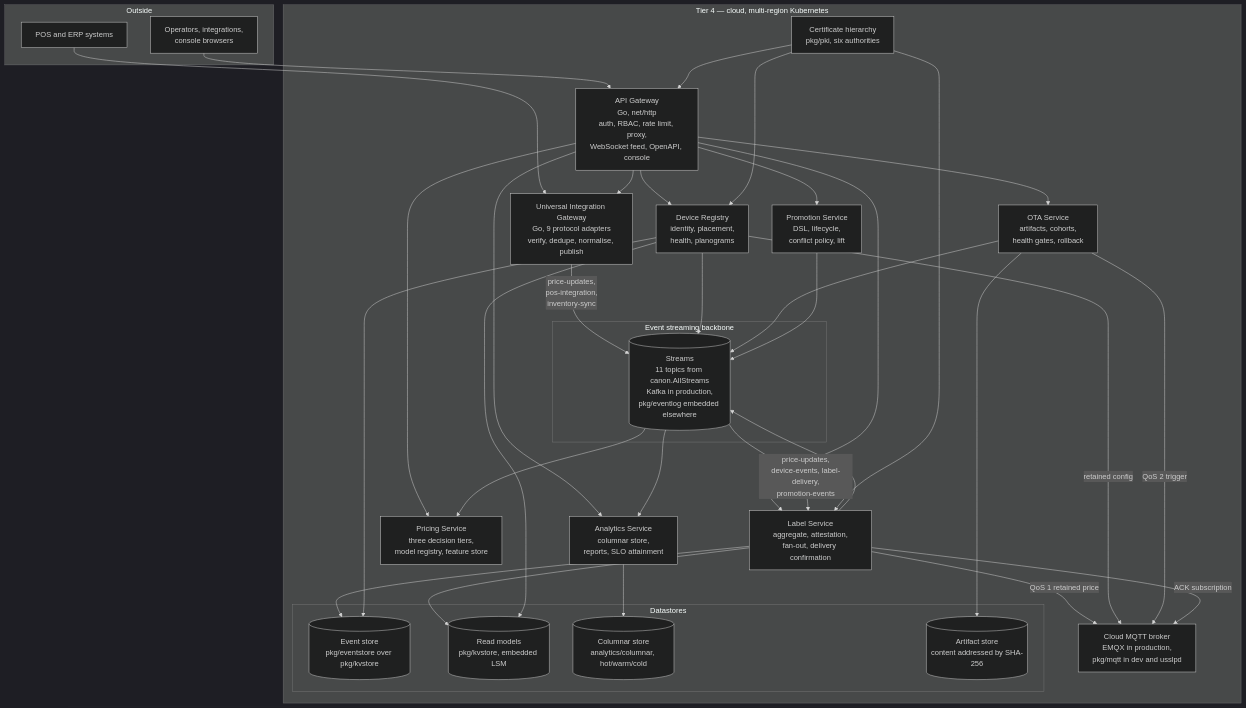
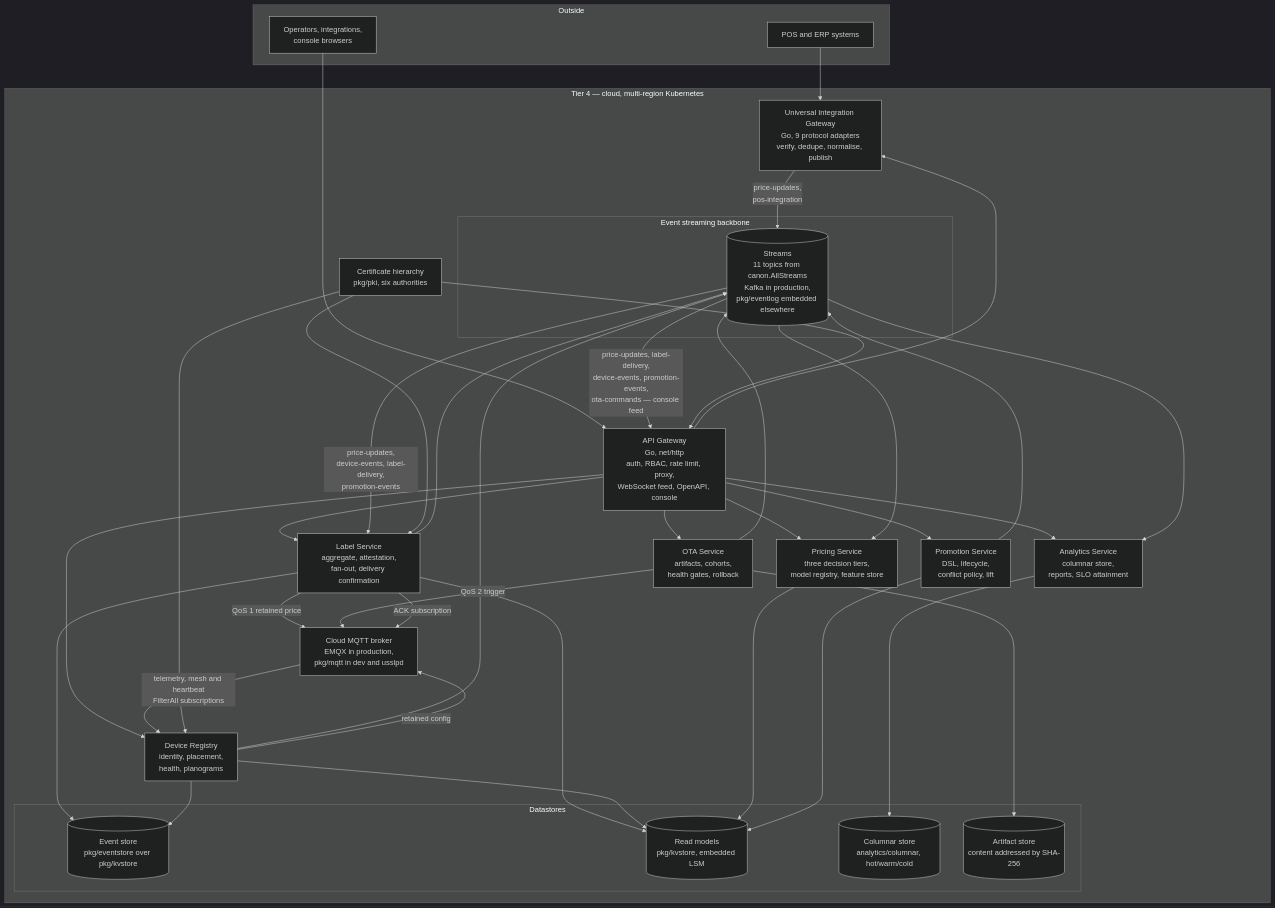
The first of 3 diagrams in docs/architecture/02-containers.md (udaykishore-resu/usslp-platform), drawn with Mermaid (dark theme) before and after one commit. The commit also changed 16 other files, not shown here.

First line of the commit message:
docs: add a diagram index, and audit every diagram against the code

````diff
--- a/docs/architecture/02-containers.md
+++ b/docs/architecture/02-containers.md
@@ -16,67 +16,71 @@
 ```mermaid
 flowchart TB
     subgraph ext["Outside"]
         pos["POS and ERP systems"]
         ops["Operators, integrations,<br/>console browsers"]
     end
 
     subgraph cloud["Tier 4 — cloud, multi-region Kubernetes"]
         apigw["API Gateway<br/>Go, net/http<br/>auth, RBAC, rate limit, proxy,<br/>WebSocket feed, OpenAPI, console"]
         uig["Universal Integration Gateway<br/>Go, 9 protocol adapters<br/>verify, dedupe, normalise, publish"]
 
         subgraph bus["Event streaming backbone"]
             streams[("Streams<br/>11 topics from canon.AllStreams<br/>Kafka in production,<br/>pkg/eventlog embedded elsewhere")]
         end
 
         labelsvc["Label Service<br/>aggregate, attestation,<br/>fan-out, delivery confirmation"]
         registry["Device Registry<br/>identity, placement,<br/>health, planograms"]
         ota["OTA Service<br/>artifacts, cohorts,<br/>health gates, rollback"]
         pricing["Pricing Service<br/>three decision tiers,<br/>model registry, feature store"]
         promo["Promotion Service<br/>DSL, lifecycle,<br/>conflict policy, lift"]
         analytics["Analytics Service<br/>columnar store,<br/>reports, SLO attainment"]
 
         subgraph stores_g["Datastores"]
             es[("Event store<br/>pkg/eventstore over pkg/kvstore")]
             rm[("Read models<br/>pkg/kvstore, embedded LSM")]
             col[("Columnar store<br/>analytics/columnar, hot/warm/cold")]
             art[("Artifact store<br/>content addressed by SHA-256")]
         end
 
         cloudmqtt["Cloud MQTT broker<br/>EMQX in production,<br/>pkg/mqtt in dev and usslpd"]
         pki_c["Certificate hierarchy<br/>pkg/pki, six authorities"]
     end
 
     pos --> uig
     ops --> apigw
     apigw --> labelsvc
     apigw --> registry
     apigw --> ota
     apigw --> pricing
     apigw --> promo
     apigw --> analytics
     apigw --> uig
 
-    uig -->|"price-updates,<br/>pos-integration,<br/>inventory-sync"| streams
+    uig -->|"price-updates,<br/>pos-integration"| streams
     streams -->|"price-updates,<br/>device-events, label-delivery,<br/>promotion-events"| labelsvc
     streams --> pricing
     streams --> analytics
     registry --> streams
     ota --> streams
     promo --> streams
     labelsvc --> streams
+    streams -->|"price-updates, label-delivery,<br/>device-events, promotion-events,<br/>ota-commands — console feed"| apigw
 
     labelsvc --> es
     labelsvc --> rm
     registry --> es
     registry --> rm
     ota --> art
     analytics --> col
+    pricing --> rm
+    promo --> rm
 
     labelsvc -->|"QoS 1 retained price"| cloudmqtt
     registry -->|"retained config"| cloudmqtt
     ota -->|"QoS 2 trigger"| cloudmqtt
     labelsvc -->|"ACK subscription"| cloudmqtt
+    cloudmqtt -->|"telemetry, mesh and heartbeat<br/>FilterAll subscriptions"| registry
     pki_c --> labelsvc
     pki_c --> registry
     pki_c --> apigw
 ```
````
